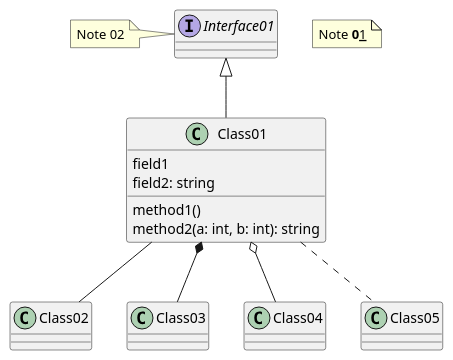
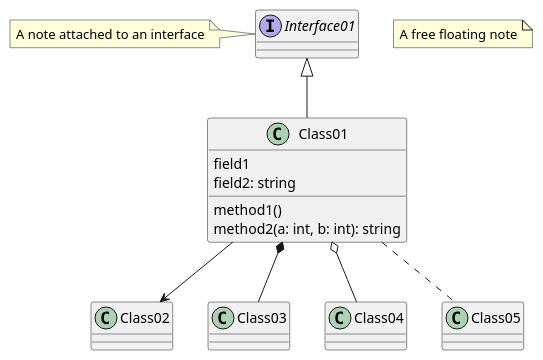
The diagram in plantuml/src/main/resources/plantuml/class-diagram.puml (phoswald/sample-documentation), drawn with PlantUML before and after one commit. The commit also changed 12 other files, not shown here.

Commit message:
More diagrams, and same same

```diff
--- a/plantuml/src/main/resources/plantuml/class-diagram.puml
+++ b/plantuml/src/main/resources/plantuml/class-diagram.puml
@@ -1,16 +1,17 @@
 @startuml
+' This is a comment!
 class Class01 {
     field1
     field2: string
     method1()
     method2(a: int, b: int): string
 }
 interface Interface01
 Interface01 <|-- Class01
-Class01 -- Class02
+Class01 --> Class02
 Class01 *-- Class03
 Class01 o-- Class04
 Class01 .. Class05
-note "Note <b>0</b><u>1</u>" as N1
-note left of Interface01: Note 02
+note "A free floating note" as Note01
+note left of Interface01: A note attached to an interface
 @enduml
```
